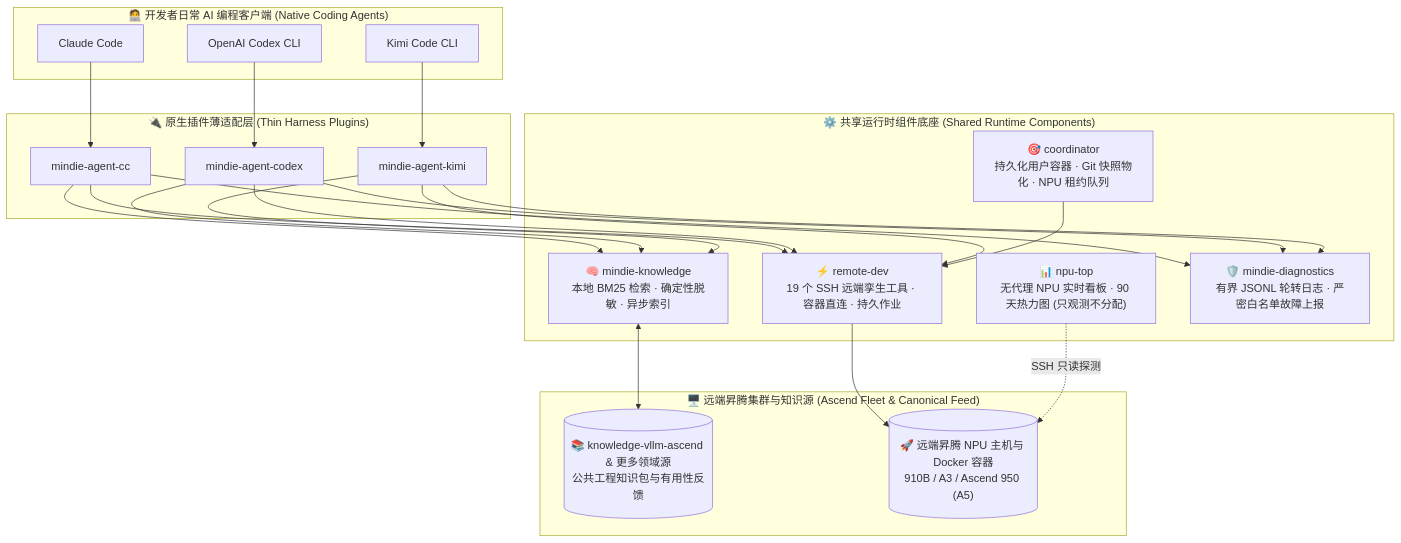
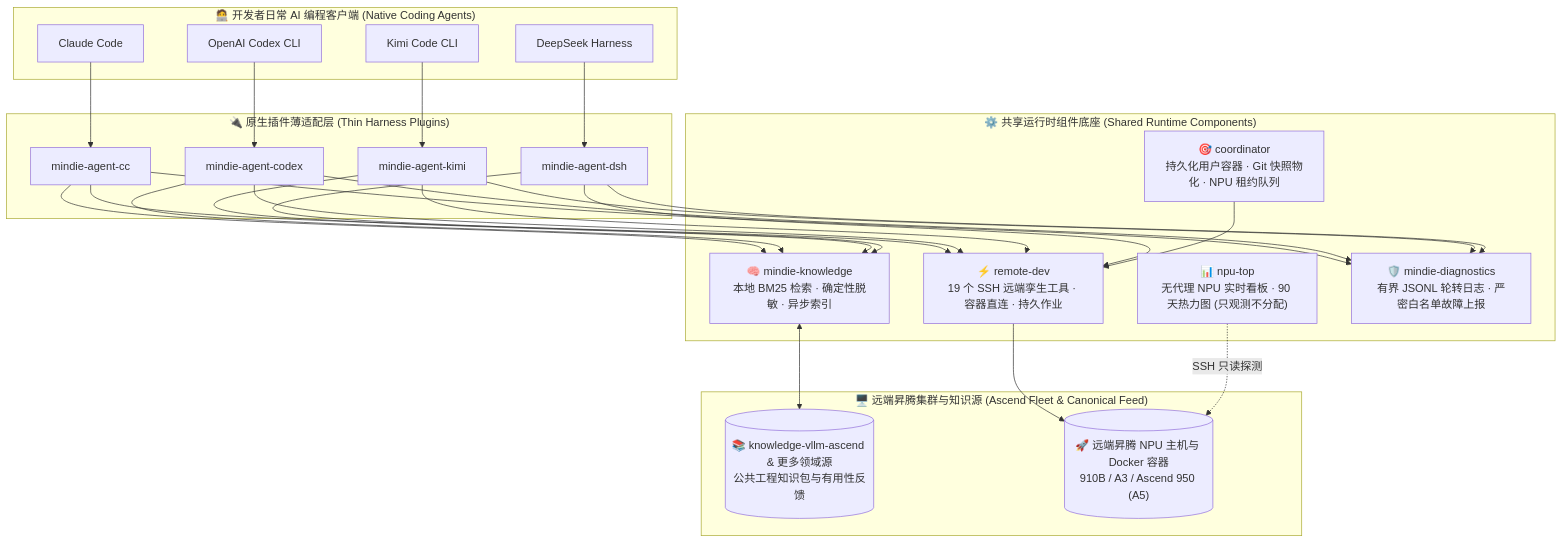
One commit to Yuli-yx/vllm-ascend-workspace changed the first of 2 diagrams in README.md. Above: the diagram before and after it, drawn with Mermaid. The commit also changed other lines of this file and 15 other files, not shown here.

First line of the commit message:
docs: add the DeepSeek Harness adapter and 0.0.1 addendum

````diff
--- a/README.md
+++ b/README.md
@@ -158,37 +178,40 @@
 ```mermaid
 flowchart TB
   subgraph Clients["🧑‍💻 开发者日常 AI 编程客户端 (Native Coding Agents)"]
     CC["Claude Code"]
     Codex["OpenAI Codex CLI"]
     Kimi["Kimi Code CLI"]
+    DSH["DeepSeek Harness"]
   end
 
   subgraph Adapters["🔌 原生插件薄适配层 (Thin Harness Plugins)"]
     P_CC["mindie-agent-cc"]
     P_Codex["mindie-agent-codex"]
     P_Kimi["mindie-agent-kimi"]
+    P_DSH["mindie-agent-dsh"]
   end
 
   subgraph Core["⚙️ 共享运行时组件底座 (Shared Runtime Components)"]
     Knowledge["🧠 mindie-knowledge<br/>本地 BM25 检索 · 确定性脱敏 · 异步索引"]
     RemoteDev["⚡ remote-dev<br/>19 个 SSH 远端孪生工具 · 容器直连 · 持久作业"]
     Coord["🎯 coordinator<br/>持久化用户容器 · Git 快照物化 · NPU 租约队列"]
     NpuTop["📊 npu-top<br/>无代理 NPU 实时看板 · 90 天热力图 (只观测不分配)"]
     Diag["🛡️ mindie-diagnostics<br/>有界 JSONL 轮转日志 · 严密白名单故障上报"]
   end
 
   subgraph Remote["🖥️ 远端昇腾集群与知识源 (Ascend Fleet & Canonical Feed)"]
     Feed[("📚 knowledge-vllm-ascend & 更多领域源<br/>公共工程知识包与有用性反馈")]
     Cluster[("🚀 远端昇腾 NPU 主机与 Docker 容器<br/>910B / A3 / Ascend 950 (A5)")]
   end
 
   CC --> P_CC
   Codex --> P_Codex
   Kimi --> P_Kimi
+  DSH --> P_DSH
 
-  P_CC & P_Codex & P_Kimi --> Knowledge & RemoteDev & Diag
+  P_CC & P_Codex & P_Kimi & P_DSH --> Knowledge & RemoteDev & Diag
   Knowledge <--> Feed
   RemoteDev --> Cluster
   Coord --> RemoteDev
   NpuTop -. "SSH 只读探测" .-> Cluster
 ```
````
